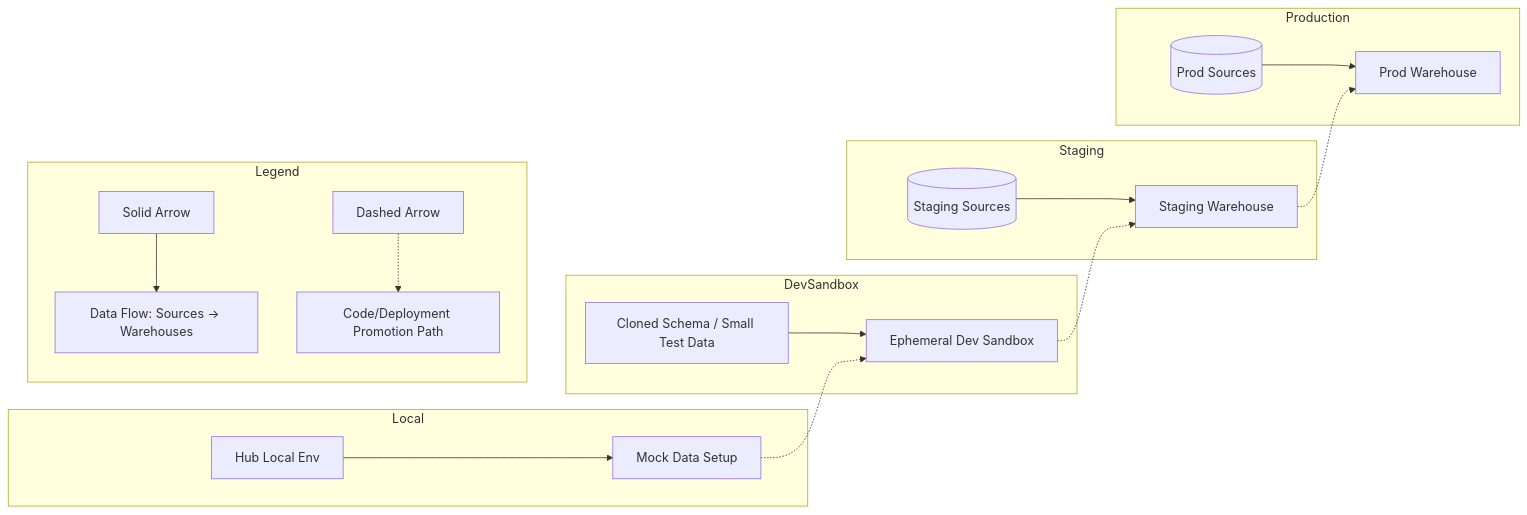
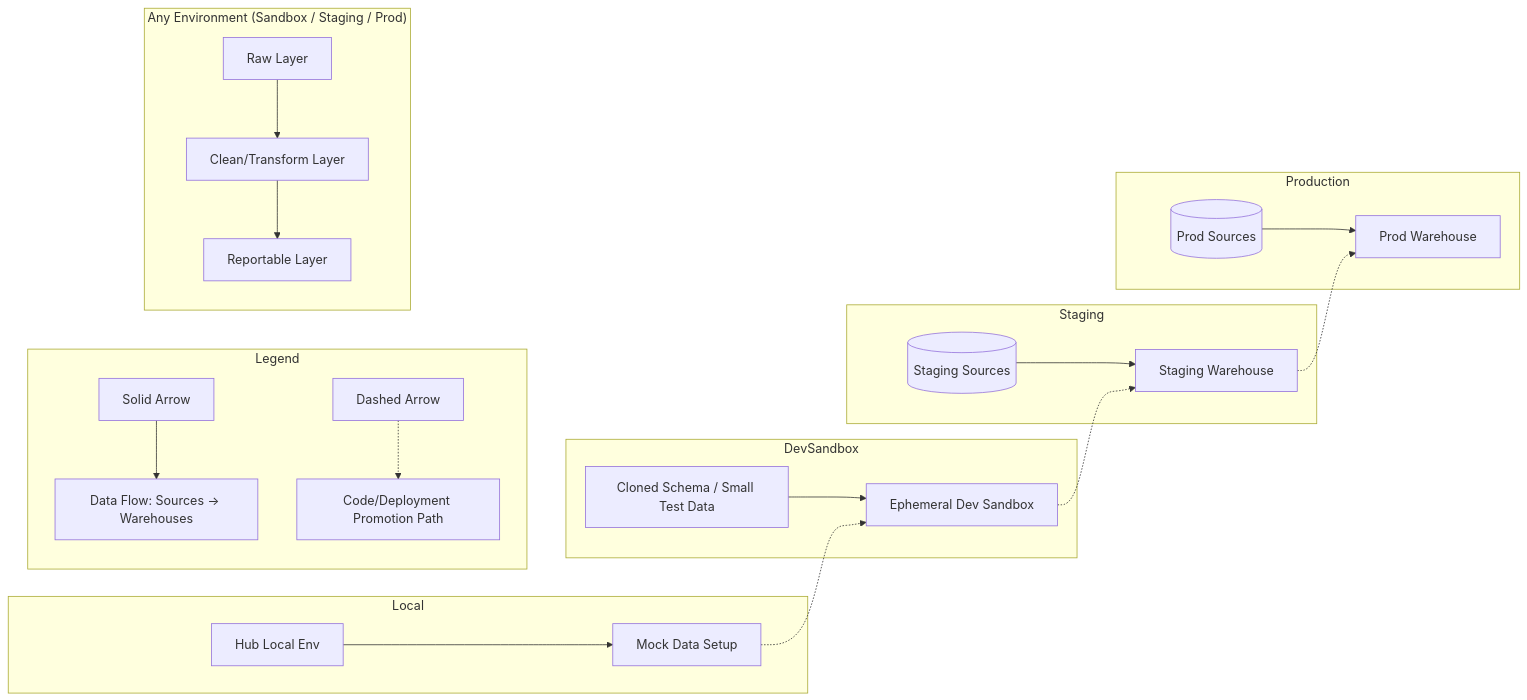
Before and after one commit to hong-guo-ffg/snowflake-R: the diagram in env-setup.mmd, drawn with Mermaid.

```diff
--- a/env-setup.mmd
+++ b/env-setup.mmd
@@ -1,40 +1,49 @@
 flowchart LR
 
 %% Local Dev
 subgraph Local
   A1[Hub Local Env]
   A2[Mock Data Setup]
   A1 --> A2
 end
 
 %% Dev Sandbox
 subgraph DevSandbox
   B1[Ephemeral Dev Sandbox]
   B2[Cloned Schema / Small Test Data]
   B2 --> B1
 end
 
 %% Staging
 subgraph Staging
   C1[Staging Warehouse]
   C2[(Staging Sources)]
   C2 --> C1
 end
 
 %% Production
 subgraph Production
   D1[Prod Warehouse]
   D2[(Prod Sources)]
   D2 --> D1
 end
 
 %% Promotion Path (dashed)
 A2 -.-> B1
 B1 -.-> C1
 C1 -.-> D1
 
 %% Legend
 subgraph Legend
   L1[Solid Arrow] --> L2[Data Flow: Sources → Warehouses]
   L3[Dashed Arrow] -.-> L4[Code/Deployment Promotion Path]
 end
+
+%% Data Flow Within Each Environment
+subgraph Env["Any Environment (Sandbox / Staging / Prod)"]
+    R[Raw Layer]
+    C[Clean/Transform Layer]
+    RP[Reportable Layer]
+
+    R --> C --> RP
+end
```
